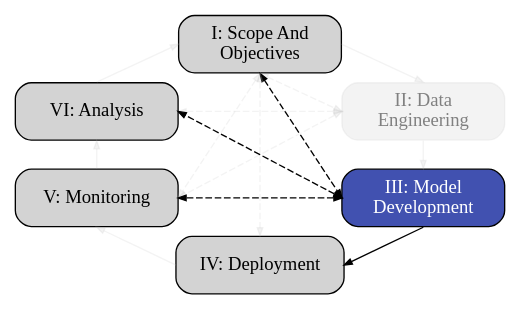
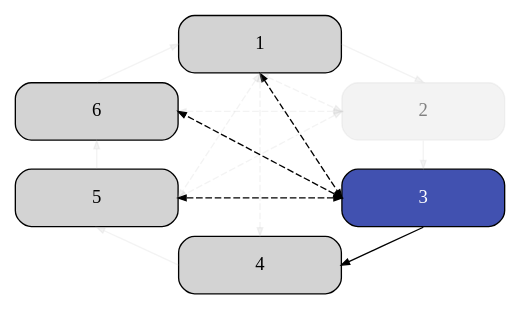
One commit to aria-ml/dataeval changed the fourth of 7 diagrams in docs/source/concepts/workflows/ML_Lifecycle.md. Above: the diagram before and after it, drawn with Graphviz. The commit also changed other lines of this file and 1 other file, not shown here.

Commit message:
Fix graphviz theming and markdown links

````diff
--- a/docs/source/concepts/workflows/ML_Lifecycle.md
+++ b/docs/source/concepts/workflows/ML_Lifecycle.md
@@ -142,31 +148,31 @@
 ```{graphviz}
    
    digraph flowchart {
       node [shape=box,width=1.7,height=0.6]
       edge [arrowsize=0.6]
       layout="neato"
 
-      1 [label="I: Scope And\nObjectives",style="rounded,filled",pos="1.7,2.5!",xref=":ref:`scope-and-objectives`"]
-      2 [label="II: Data\nEngineering",style="rounded,filled",pos="3.4,1.8!",xref=":ref:`data-engineering`",fontcolor="gray",color="#C0C0C030",fillcolor="#C0C0C030"]
-      3 [label="III: Model\nDevelopment",style="rounded,filled",pos="3.4,0.9!",fillcolor="#4151B0",fontcolor="white"]
-      4 [label="IV: Deployment",style="rounded,filled",pos="1.7,0.2!",xref=":ref:`deployment`"]
-      5 [label="V: Monitoring",style="rounded,filled",pos="0.0,0.9!",xref=":ref:`monitoring`"]
-      6 [label="VI: Analysis",style="rounded,filled",pos="0.0,1.8!",xref=":ref:`analysis`"]
+      1 [xref="{ref}`Scope And Objectives <scope-and-objectives>`",style="rounded,filled",pos="1.7,2.5!"]
+      2 [xref="{ref}`Data Engineering <data-engineering>`",style="rounded,filled",pos="3.4,1.8!",fontcolor="gray",color="#C0C0C030",fillcolor="#C0C0C030"]
+      3 [xref="{ref}`Model Development<model-development>`",style="rounded,filled",pos="3.4,0.9!",fillcolor="#4151B0",fontcolor="white"]
+      4 [xref="{ref}`Deployment <deployment>`",style="rounded,filled",pos="1.7,0.2!"]
+      5 [xref="{ref}`Monitoring <monitoring>`",style="rounded,filled",pos="0.0,0.9!"]
+      6 [xref="{ref}`Analysis <analysis>`",style="rounded,filled",pos="0.0,1.8!"]
       
       1:e->2:n [color="#C0C0C030",fillcolor="#C0C0C030"]
       2:s->3:n [color="#C0C0C030",fillcolor="#C0C0C030"]
       3:s->4:e
       4:w->5:s [color="#C0C0C030",fillcolor="#C0C0C030"]
       5:n->6:s [color="#C0C0C030",fillcolor="#C0C0C030"]
       6:n->1:w [color="#C0C0C030",fillcolor="#C0C0C030"]
 
       1:s->3:w [dir=both,style=dashed]
       1:s->4:n [dir=both,style=dashed,color="#C0C0C030",fillcolor="#C0C0C030"]
       1:s->5:e [dir=both,style=dashed,color="#C0C0C030",fillcolor="#C0C0C030"]
       1:s->2:w [dir=both,style=dashed,color="#C0C0C030",fillcolor="#C0C0C030"]
       2:w->5:e [dir=both,style=dashed,color="#C0C0C030",fillcolor="#C0C0C030"]
       2:w->6:e [dir=both,style=dashed,color="#C0C0C030",fillcolor="#C0C0C030"]
       3:w->5:e [dir=both,style=dashed]
       3:w->6:e [dir=both,style=dashed]
    }
 ```
````
